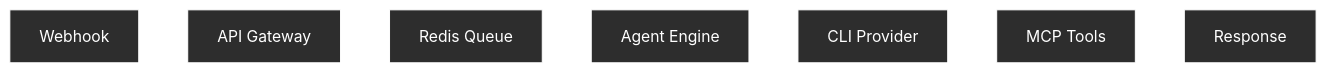
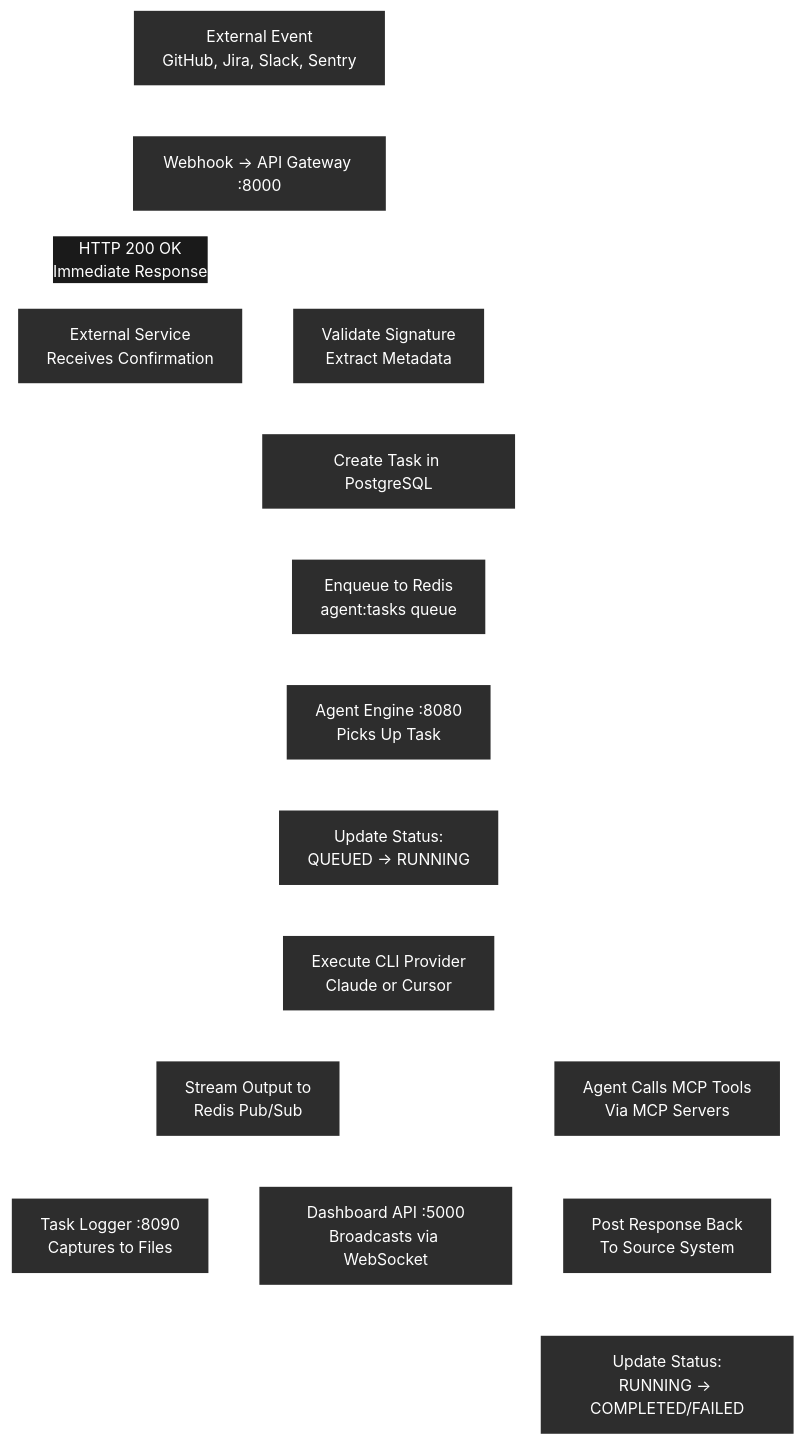
One commit to rom-orlovich/groote-ai changed the second of 2 diagrams in README.md. Above: the diagram before and after it, drawn with Mermaid. The commit also changed other lines of this file, not shown here.

First line of the commit message:
Update README with complete architecture representation

````diff
--- a/README.md
+++ b/README.md
@@ -100,18 +103,34 @@
 ```mermaid
-%%{init: {'theme':'base', 'themeVariables': {'fontSize':'16px', 'primaryColor':'#2d2d2d', 'primaryTextColor':'#ffffff', 'primaryBorderColor':'#ffffff', 'lineColor':'#ffffff'}}}%%
-flowchart LR
-    A[Webhook] --> B[API Gateway]
-    B --> C[Redis Queue]
-    C --> D[Agent Engine]
-    D --> E[CLI Provider]
-    E --> F[MCP Tools]
-    F --> G[Response]
+%%{init: {'theme':'base', 'themeVariables': {'fontSize':'16px', 'primaryColor':'#2d2d2d', 'primaryTextColor':'#ffffff', 'primaryBorderColor':'#ffffff', 'lineColor':'#ffffff', 'secondaryColor':'#1a1a1a', 'tertiaryColor':'#2d2d2d'}}}%%
+flowchart TD
+    A[External Event<br/>GitHub, Jira, Slack, Sentry] --> B[Webhook → API Gateway :8000]
+    B -->|HTTP 200 OK<br/>Immediate Response| A2[External Service<br/>Receives Confirmation]
+    B --> C[Validate Signature<br/>Extract Metadata]
+    C --> D[Create Task in PostgreSQL]
+    D --> E[Enqueue to Redis<br/>agent:tasks queue]
+    E --> F[Agent Engine :8080<br/>Picks Up Task]
+    F --> G[Update Status:<br/>QUEUED → RUNNING]
+    G --> H[Execute CLI Provider<br/>Claude or Cursor]
+    H --> I[Stream Output to<br/>Redis Pub/Sub]
+    I --> J[Task Logger :8090<br/>Captures to Files]
+    I --> K[Dashboard API :5000<br/>Broadcasts via WebSocket]
+    H --> L[Agent Calls MCP Tools<br/>Via MCP Servers]
+    L --> M[Post Response Back<br/>To Source System]
+    M --> N[Update Status:<br/>RUNNING → COMPLETED/FAILED]
 
-    style A fill:#2d2d2d,color:#ffffff
-    style B fill:#2d2d2d,color:#ffffff
-    style C fill:#2d2d2d,color:#ffffff
-    style D fill:#2d2d2d,color:#ffffff
-    style E fill:#2d2d2d,color:#ffffff
-    style F fill:#2d2d2d,color:#ffffff
-    style G fill:#2d2d2d,color:#ffffff
+    style A fill:#2d2d2d,color:#ffffff,stroke-width:2px
+    style A2 fill:#2d2d2d,color:#ffffff,stroke-width:2px
+    style B fill:#2d2d2d,color:#ffffff,stroke-width:2px
+    style C fill:#2d2d2d,color:#ffffff,stroke-width:2px
+    style D fill:#2d2d2d,color:#ffffff,stroke-width:2px
+    style E fill:#2d2d2d,color:#ffffff,stroke-width:2px
+    style F fill:#2d2d2d,color:#ffffff,stroke-width:2px
+    style G fill:#2d2d2d,color:#ffffff,stroke-width:2px
+    style H fill:#2d2d2d,color:#ffffff,stroke-width:2px
+    style I fill:#2d2d2d,color:#ffffff,stroke-width:2px
+    style J fill:#2d2d2d,color:#ffffff,stroke-width:2px
+    style K fill:#2d2d2d,color:#ffffff,stroke-width:2px
+    style L fill:#2d2d2d,color:#ffffff,stroke-width:2px
+    style M fill:#2d2d2d,color:#ffffff,stroke-width:2px
+    style N fill:#2d2d2d,color:#ffffff,stroke-width:2px
 ```
````
